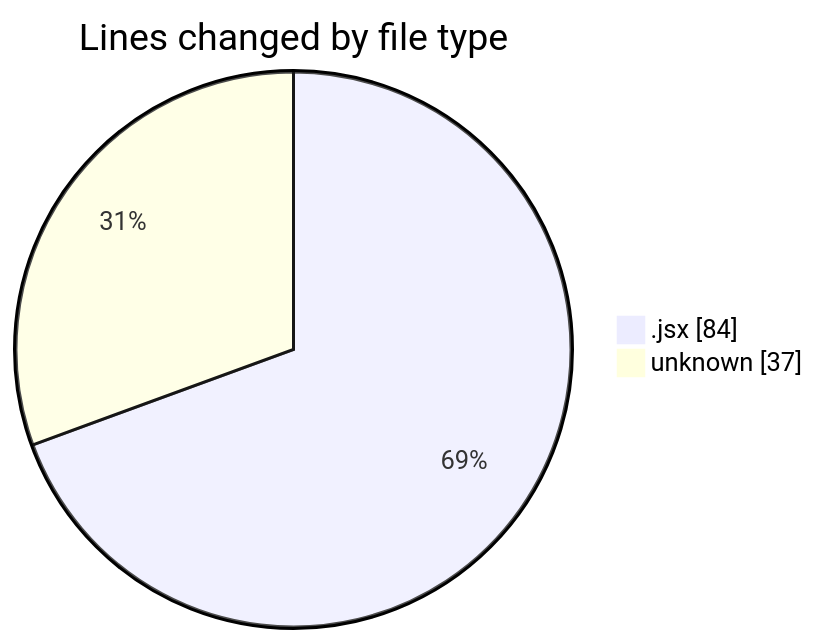
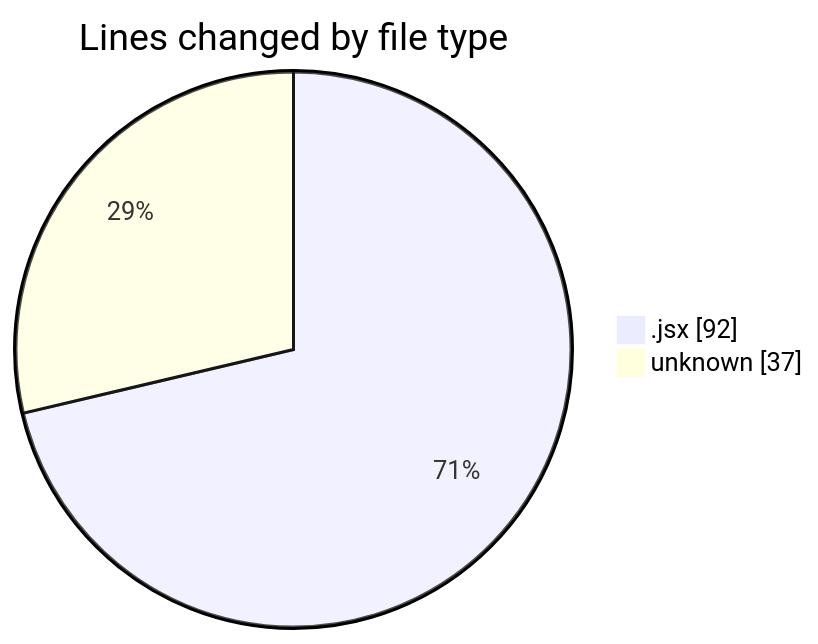
The first of 2 diagrams in 2025-02-08/react_ecom/README.md (Elitesun/code-tracking), drawn with Mermaid before and after one commit. The commit also changed other lines of this file and 1 other file, not shown here.

````diff
--- a/2025-02-08/react_ecom/README.md
+++ b/2025-02-08/react_ecom/README.md
@@ -21,6 +21,6 @@
 ```mermaid
 pie showData
 title Lines changed by file type
-".jsx" : 84
+".jsx" : 92
 "unknown" : 37
 ```
````
